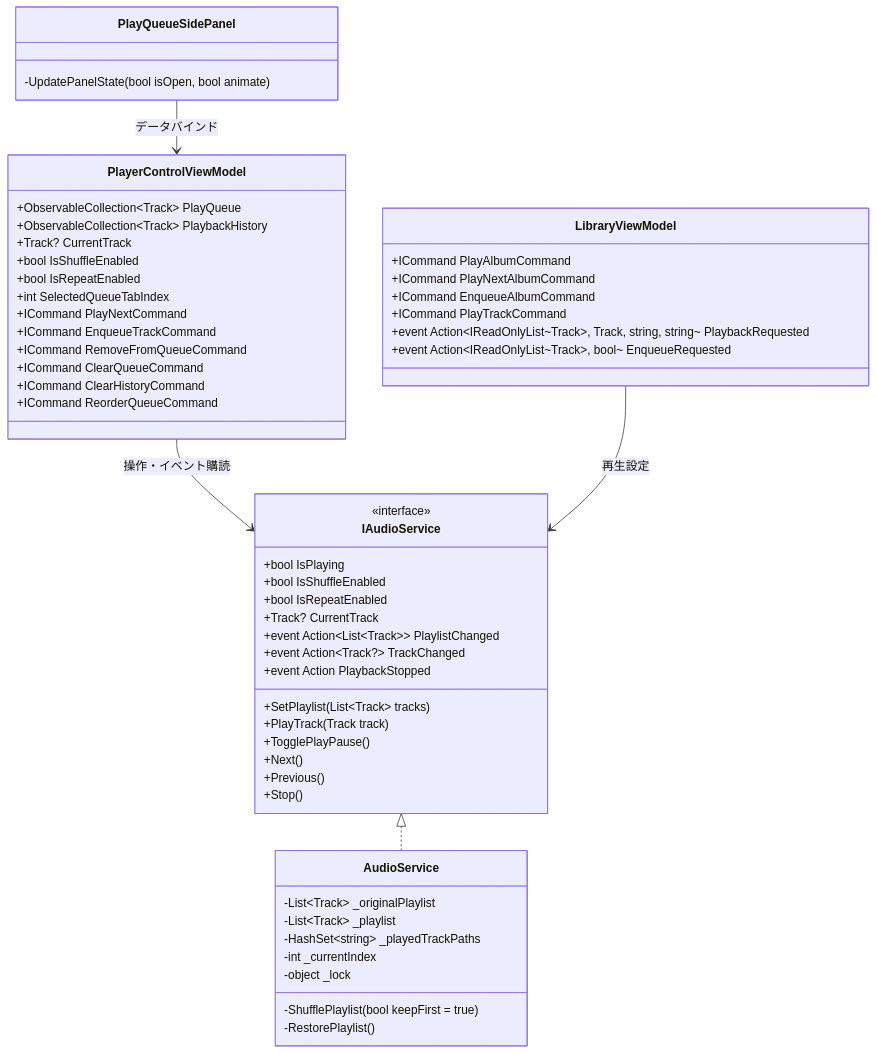
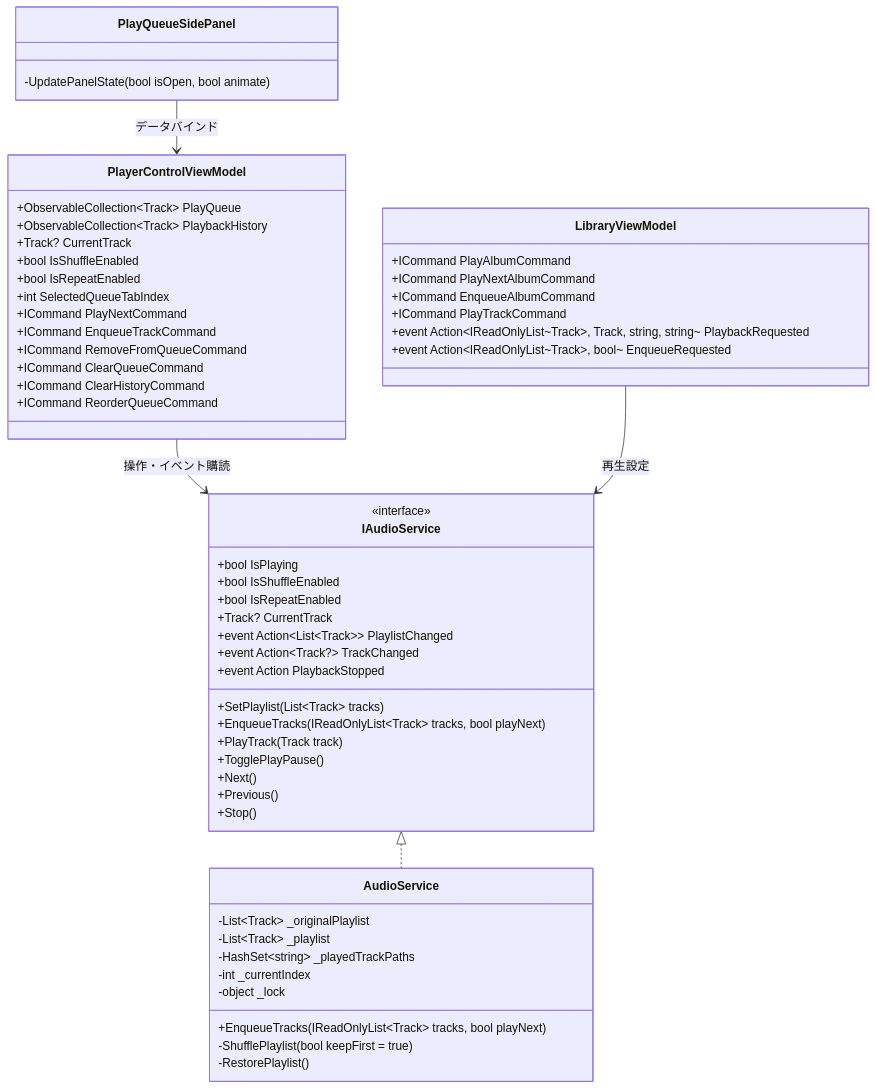
The first of 4 diagrams in 設計/詳細設計/再生キュー.md (taketonnbo/Audio_Effector), drawn with Mermaid before and after one commit. The commit also changed other lines of this file and 6 other files, not shown here.

````diff
--- a/設計/詳細設計/再生キュー.md
+++ b/設計/詳細設計/再生キュー.md
@@ -16,62 +16,64 @@
 ```mermaid
 classDiagram
     class IAudioService {
         <<interface>>
         +bool IsPlaying
         +bool IsShuffleEnabled
         +bool IsRepeatEnabled
         +Track? CurrentTrack
         +event Action~List~Track~~ PlaylistChanged
         +event Action~Track?~ TrackChanged
         +event Action PlaybackStopped
         +SetPlaylist(List~Track~ tracks)
+        +EnqueueTracks(IReadOnlyList~Track~ tracks, bool playNext)
         +PlayTrack(Track track)
         +TogglePlayPause()
         +Next()
         +Previous()
         +Stop()
     }
 
     class AudioService {
         -List~Track~ _originalPlaylist
         -List~Track~ _playlist
         -HashSet~string~ _playedTrackPaths
         -int _currentIndex
         -object _lock
+        +EnqueueTracks(IReadOnlyList~Track~ tracks, bool playNext)
         -ShufflePlaylist(bool keepFirst = true)
         -RestorePlaylist()
     }
 
     class PlayerControlViewModel {
         +ObservableCollection~Track~ PlayQueue
         +ObservableCollection~Track~ PlaybackHistory
         +Track? CurrentTrack
         +bool IsShuffleEnabled
         +bool IsRepeatEnabled
         +int SelectedQueueTabIndex
         +ICommand PlayNextCommand
         +ICommand EnqueueTrackCommand
         +ICommand RemoveFromQueueCommand
         +ICommand ClearQueueCommand
         +ICommand ClearHistoryCommand
         +ICommand ReorderQueueCommand
     }
 
     class LibraryViewModel {
         +ICommand PlayAlbumCommand
         +ICommand PlayNextAlbumCommand
         +ICommand EnqueueAlbumCommand
         +ICommand PlayTrackCommand
         +event Action~IReadOnlyList~Track~, Track, string, string~ PlaybackRequested
         +event Action~IReadOnlyList~Track~, bool~ EnqueueRequested
     }
 
     class PlayQueueSidePanel {
         -UpdatePanelState(bool isOpen, bool animate)
     }
 
     IAudioService <|.. AudioService
     PlayerControlViewModel --> IAudioService : 操作・イベント購読
     LibraryViewModel --> IAudioService : 再生設定
     PlayQueueSidePanel --> PlayerControlViewModel : データバインド
 ```
````
